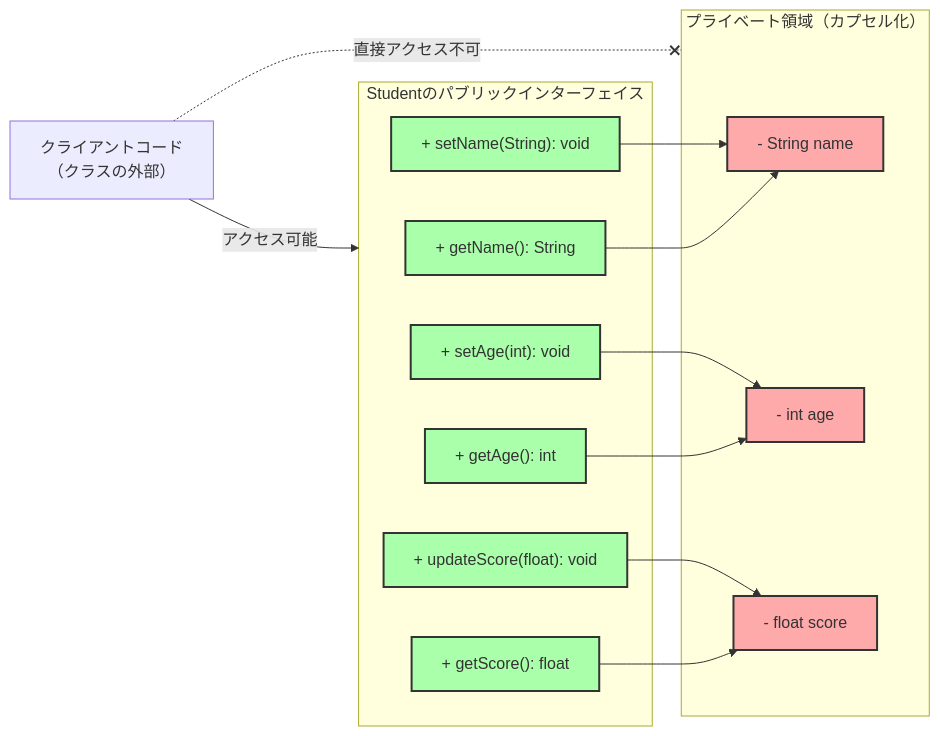
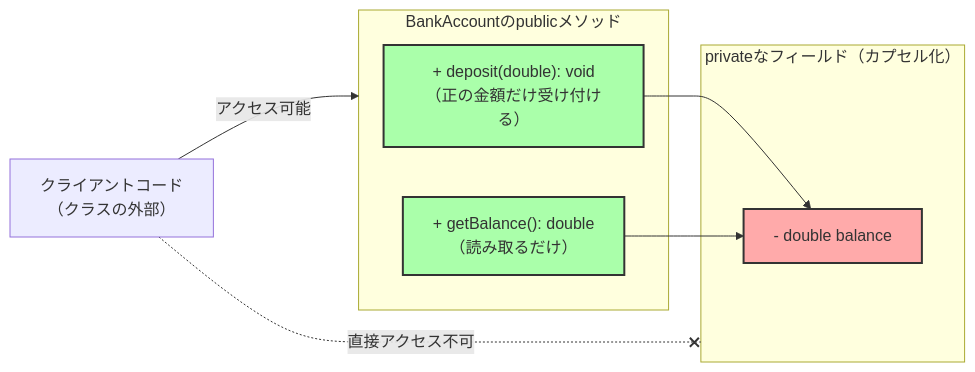
The diagram in docs/diagrams/chapter03-encapsulation.mmd (Nagatani/techbook-java-primer), drawn with Mermaid before and after one commit. The commit also changed 31 other files, not shown here.

First line of the commit message:
fix: 第1〜8章を校閲し、技術的な誤り・図の食い違い・表記を直す

```diff
--- a/docs/diagrams/chapter03-encapsulation.mmd
+++ b/docs/diagrams/chapter03-encapsulation.mmd
@@ -1,42 +1,26 @@
 ---
 config:
   flowchart:
     rankSpacing: 50
 ---
 flowchart LR
     client["クライアントコード<br/>（クラスの外部）"]
 
-    subgraph pub["Studentのパブリックインターフェイス"]
-        public1["+ getName(): String"]
-        public2["+ setName(String): void"]
-        public3["+ getAge(): int"]
-        public4["+ setAge(int): void"]
-        public5["+ getScore(): float"]
-        public6["+ updateScore(float): void"]
+    subgraph pub["BankAccountのpublicメソッド"]
+        public1["+ deposit(double): void<br/>（正の金額だけ受け付ける）"]
+        public2["+ getBalance(): double<br/>（読み取るだけ）"]
     end
 
-    subgraph priv["プライベート領域（カプセル化）"]
-        private1["- String name"]
-        private2["- int age"]
-        private3["- float score"]
+    subgraph priv["privateなフィールド（カプセル化）"]
+        private1["- double balance"]
     end
 
     client -->|"アクセス可能"| pub
     client -.-x|"直接アクセス不可"| priv
 
     public1 --> private1
     public2 --> private1
-    public3 --> private2
-    public4 --> private2
-    public5 --> private3
-    public6 --> private3
 
     style private1 fill:#faa,stroke:#333,stroke-width:2px
-    style private2 fill:#faa,stroke:#333,stroke-width:2px
-    style private3 fill:#faa,stroke:#333,stroke-width:2px
     style public1 fill:#afa,stroke:#333,stroke-width:2px
     style public2 fill:#afa,stroke:#333,stroke-width:2px
-    style public3 fill:#afa,stroke:#333,stroke-width:2px
-    style public4 fill:#afa,stroke:#333,stroke-width:2px
-    style public5 fill:#afa,stroke:#333,stroke-width:2px
-    style public6 fill:#afa,stroke:#333,stroke-width:2px
```
